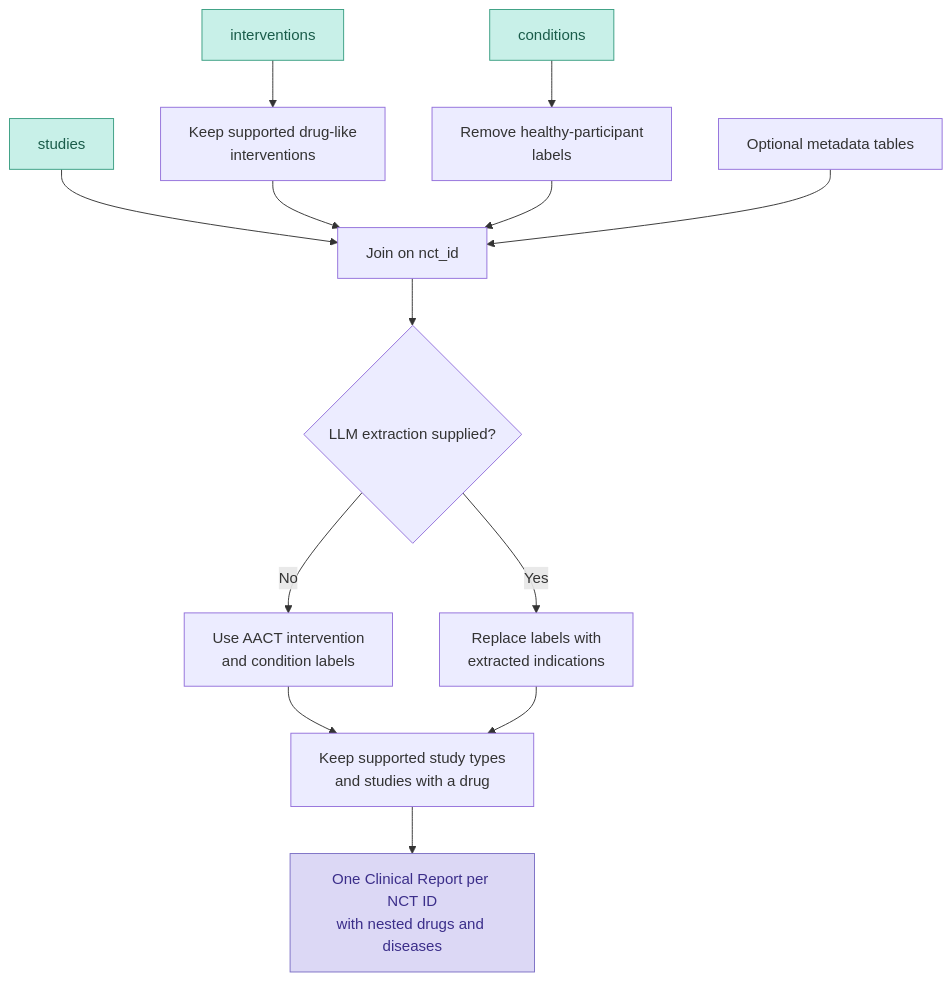
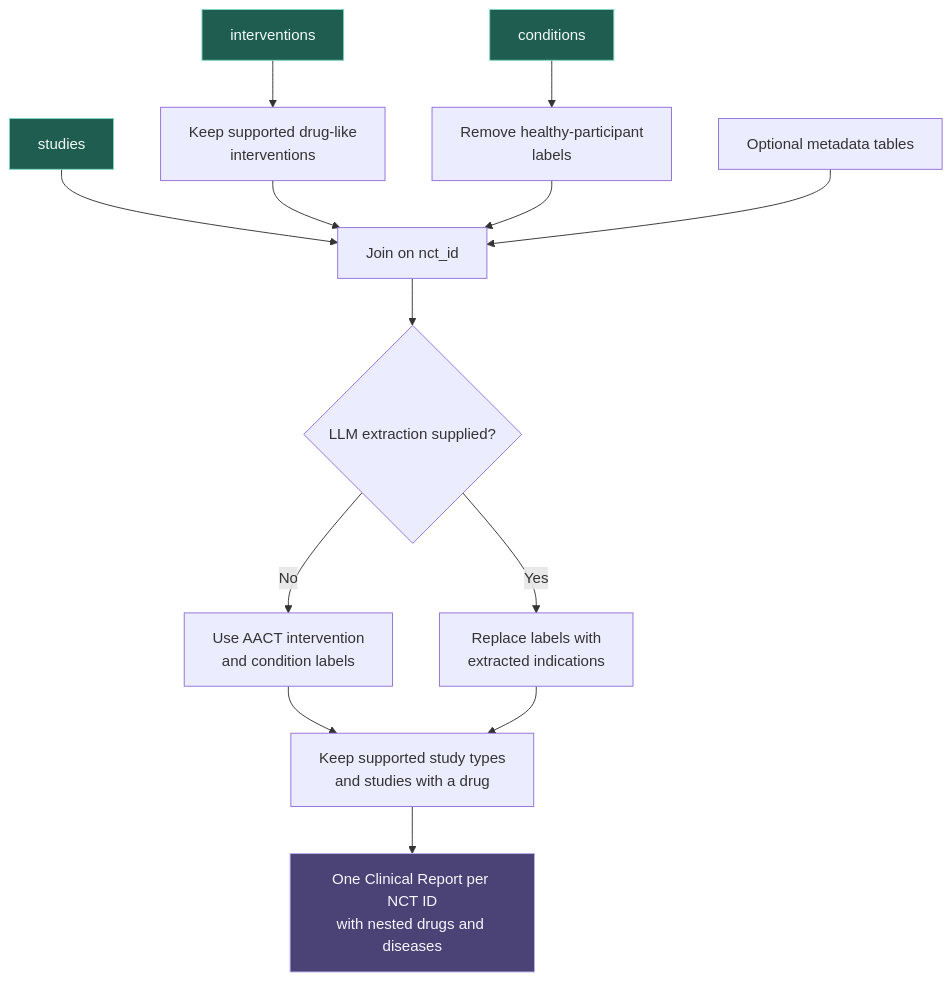
Before and after one commit to opentargets/mira: the diagram in docs/providers/aact.md, drawn with Mermaid. The commit also changed other lines of this file and 32 other files, not shown here.

````diff
--- a/docs/providers/aact.md
+++ b/docs/providers/aact.md
@@ -26,20 +26,20 @@
 ```mermaid
 flowchart TD
     S["studies"] --> JOIN["Join on nct_id"]
     I["interventions"] --> IFILTER["Keep supported drug-like<br/>interventions"]
     IFILTER --> JOIN
     C["conditions"] --> CFILTER["Remove healthy-participant<br/>labels"]
     CFILTER --> JOIN
     M["Optional metadata tables"] --> JOIN
     JOIN --> LLM{"LLM extraction supplied?"}
     LLM -- No --> SOURCE["Use AACT intervention<br/>and condition labels"]
     LLM -- Yes --> REPLACE["Replace labels with<br/>extracted indications"]
     SOURCE --> SELECT["Keep supported study types<br/>and studies with a drug"]
     REPLACE --> SELECT
     SELECT --> REPORT["One Clinical Report per NCT ID<br/>with nested drugs and diseases"]
 
-    style S fill:#c8f0e8,stroke:#3a9e82,color:#1a5c4a
-    style I fill:#c8f0e8,stroke:#3a9e82,color:#1a5c4a
-    style C fill:#c8f0e8,stroke:#3a9e82,color:#1a5c4a
-    style REPORT fill:#dcd8f5,stroke:#7b6fc4,color:#3b2e8a
+    style S fill:#1f5d50,stroke:#7ed6c4,color:#f2fbf8
+    style I fill:#1f5d50,stroke:#7ed6c4,color:#f2fbf8
+    style C fill:#1f5d50,stroke:#7ed6c4,color:#f2fbf8
+    style REPORT fill:#4b4375,stroke:#b9aeef,color:#f8f6ff
 ```
````
